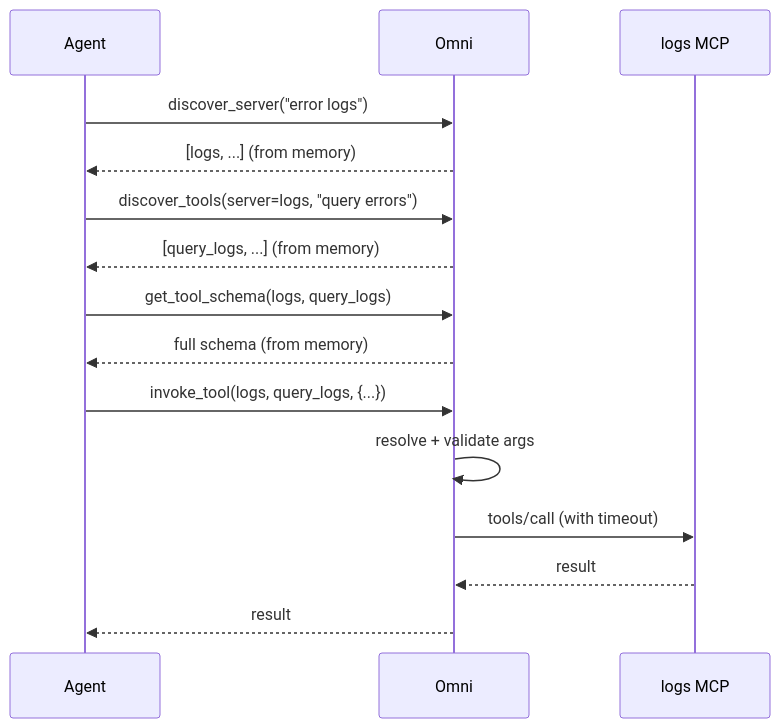
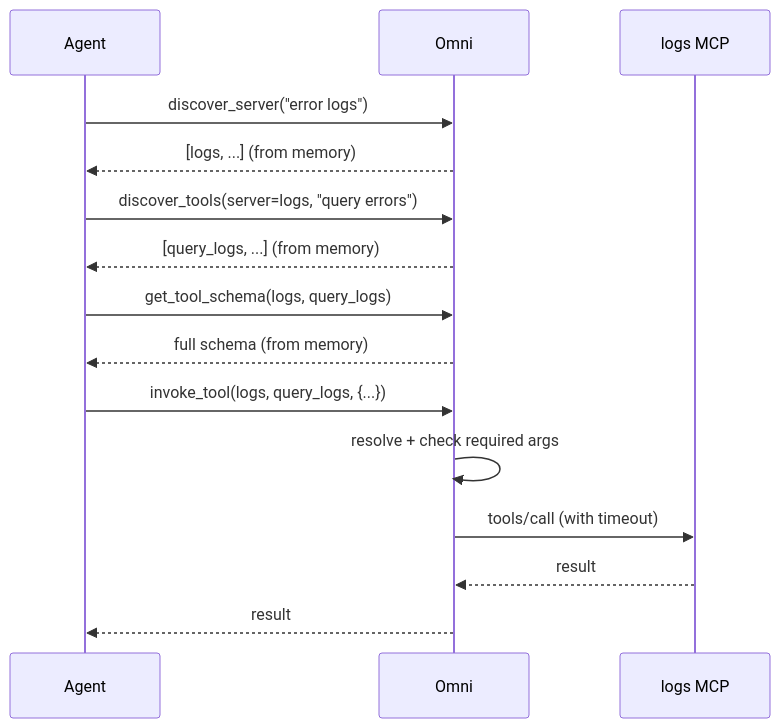
One commit to omni-mcp0/omni-mcp0 changed the second of 2 diagrams in docs/MVP_DESIGN.md. Above: the diagram before and after it, drawn with Mermaid. The commit also changed other lines of this file and 5 other files, not shown here.

````diff
--- a/docs/MVP_DESIGN.md
+++ b/docs/MVP_DESIGN.md
@@ -115,17 +128,17 @@
 ```mermaid
 sequenceDiagram
     participant Ag as Agent
     participant Om as Omni
     participant Up as logs MCP
     Ag->>Om: discover_server("error logs")
     Om-->>Ag: [logs, ...]            (from memory)
     Ag->>Om: discover_tools(server=logs, "query errors")
     Om-->>Ag: [query_logs, ...]      (from memory)
     Ag->>Om: get_tool_schema(logs, query_logs)
     Om-->>Ag: full schema            (from memory)
     Ag->>Om: invoke_tool(logs, query_logs, {...})
-    Om->>Om: resolve + validate args
+    Om->>Om: resolve + check required args
     Om->>Up: tools/call (with timeout)
     Up-->>Om: result
     Om-->>Ag: result
 ```
````
